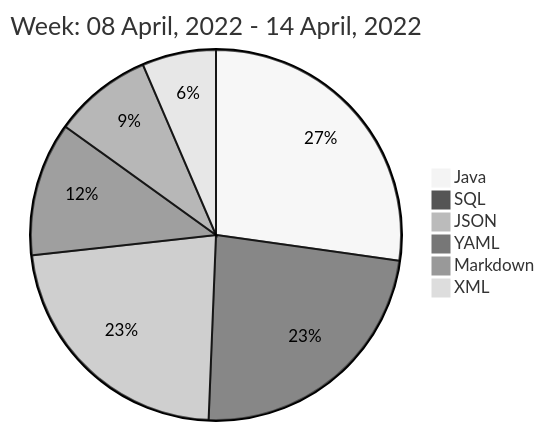
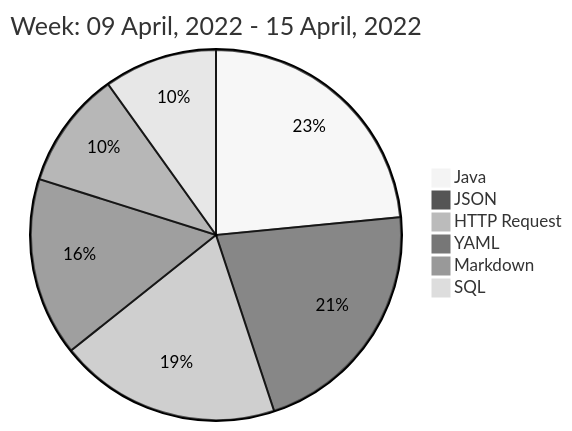
Before and after one commit to liubin95/liubin95: the diagram in README.md, drawn with Mermaid (neutral theme).

Commit message:
Updated the Graph with new Metrics

````diff
--- a/README.md
+++ b/README.md
@@ -40,10 +40,10 @@
 ```mermaid
  pie
-title Week: 08 April, 2022 - 14 April, 2022
- "Java" : 5.78
- "SQL" : 4.97
- "JSON" : 4.8
- "YAML" : 2.48
- "Markdown" : 1.83
- "XML" : 1.37
+title Week: 09 April, 2022 - 15 April, 2022
+ "Java" : 5.27
+ "JSON" : 4.82
+ "HTTP Request" : 4.35
+ "YAML" : 3.5
+ "Markdown" : 2.3
+ "SQL" : 2.22
 ```
````
